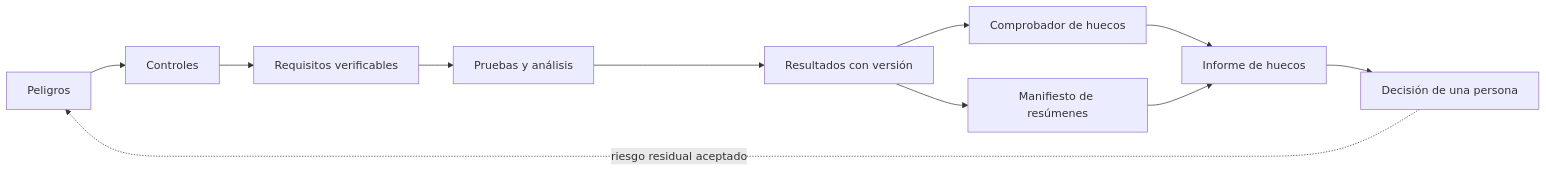
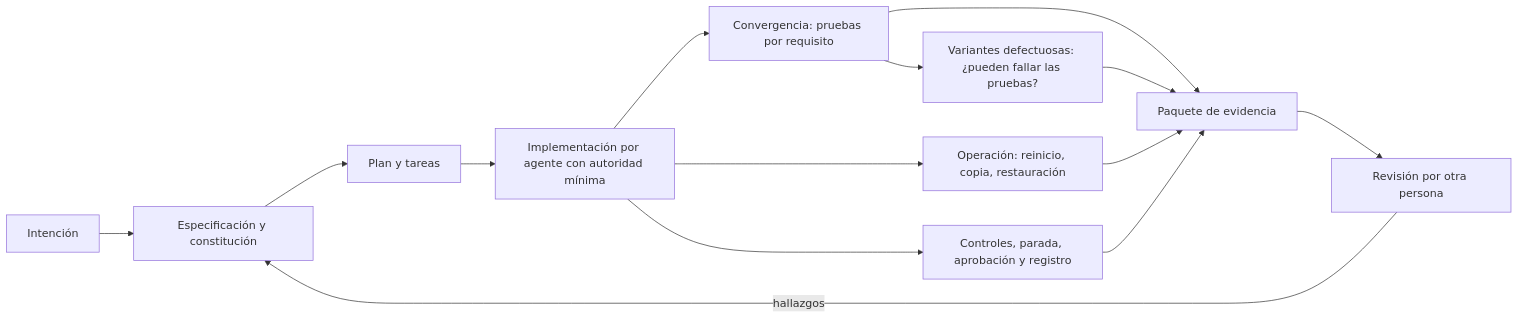
Before and after one commit to vladimiracunadev-create/modern-software-engineering-program: the diagram in content/part-47/SE-576.md, drawn with Mermaid. The commit also changed other lines of this file and 5193 other files, not shown here.

````diff
--- a/content/part-47/SE-576.md
+++ b/content/part-47/SE-576.md
@@ -59,13 +56,16 @@
 ```mermaid
 flowchart LR
-    A[Peligros] --> B[Controles]
-    B --> C[Requisitos verificables]
-    C --> D[Pruebas y análisis]
-    D --> E[Resultados con versión]
-    E --> F[Comprobador de huecos]
-    E --> G[Manifiesto de resúmenes]
-    F --> H[Informe de huecos]
-    G --> H
-    H --> I[Decisión de una persona]
-    I -.->|riesgo residual aceptado| A
+    A[Intención] --> B[Especificación y constitución]
+    B --> C[Plan y tareas]
+    C --> D[Implementación por agente con autoridad mínima]
+    D --> E[Convergencia: pruebas por requisito]
+    E --> F[Variantes defectuosas: ¿pueden fallar las pruebas?]
+    D --> G[Operación: reinicio, copia, restauración]
+    D --> H[Controles, parada, aprobación y registro]
+    E --> I[Paquete de evidencia]
+    F --> I
+    G --> I
+    H --> I
+    I --> J[Revisión por otra persona]
+    J -->|hallazgos| B
 ```
````
